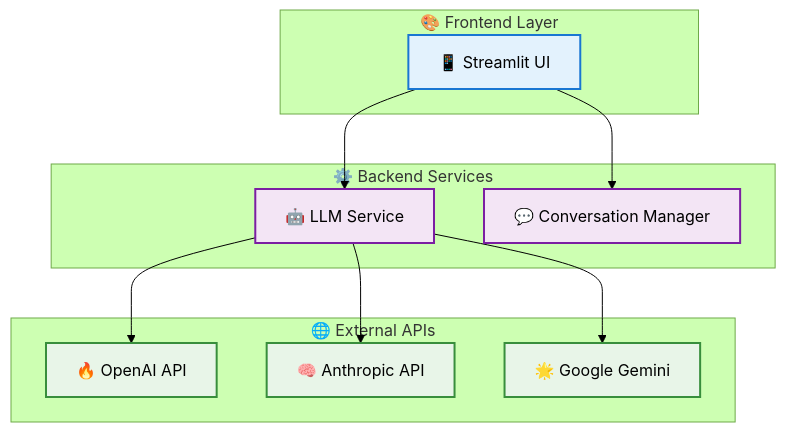
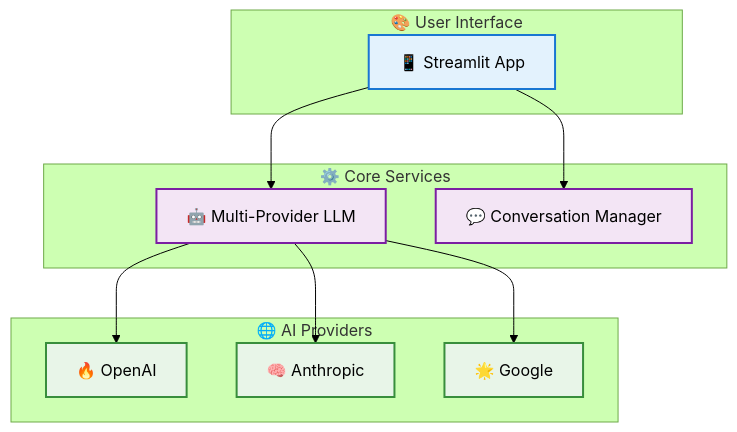
The second of 3 diagrams in docs/index.md (dagny099/convoscope), drawn with Mermaid (forest theme) before and after one commit. The commit also changed other lines of this file and 3 other files, not shown here.

Commit message:
revised docs for multiprovider architecture

````diff
--- a/docs/index.md
+++ b/docs/index.md
@@ -8,31 +99,31 @@
 ```mermaid
 flowchart TB
-    subgraph Frontend ["🎨 Frontend Layer"]
-        UI["📱 Streamlit UI"]
+    subgraph Frontend ["🎨 User Interface"]
+        UI["📱 Streamlit App"]
     end
-    
-    subgraph Backend ["⚙️ Backend Services"]
-        LLM["🤖 LLM Service"]
+
+    subgraph Backend ["⚙️ Core Services"]
+        LLM["🤖 Multi-Provider LLM"]
         CONV["💬 Conversation Manager"]
     end
-    
-    subgraph External ["🌐 External APIs"]
-        OPENAI["🔥 OpenAI API"]
-        ANTHROPIC["🧠 Anthropic API"]
-        GOOGLE["🌟 Google Gemini"]
+
+    subgraph External ["🌐 AI Providers"]
+        OPENAI["🔥 OpenAI"]
+        ANTHROPIC["🧠 Anthropic"]
+        GOOGLE["🌟 Google"]
     end
-    
+
     UI --> LLM
     UI --> CONV
     LLM --> OPENAI
     LLM --> ANTHROPIC
     LLM --> GOOGLE
-    
+
     classDef frontend fill:#e3f2fd,stroke:#1976d2,stroke-width:2px
     classDef backend fill:#f3e5f5,stroke:#7b1fa2,stroke-width:2px
     classDef external fill:#e8f5e8,stroke:#388e3c,stroke-width:2px
-    
+
     class UI frontend
     class LLM,CONV backend
     class OPENAI,ANTHROPIC,GOOGLE external
 ```
````
